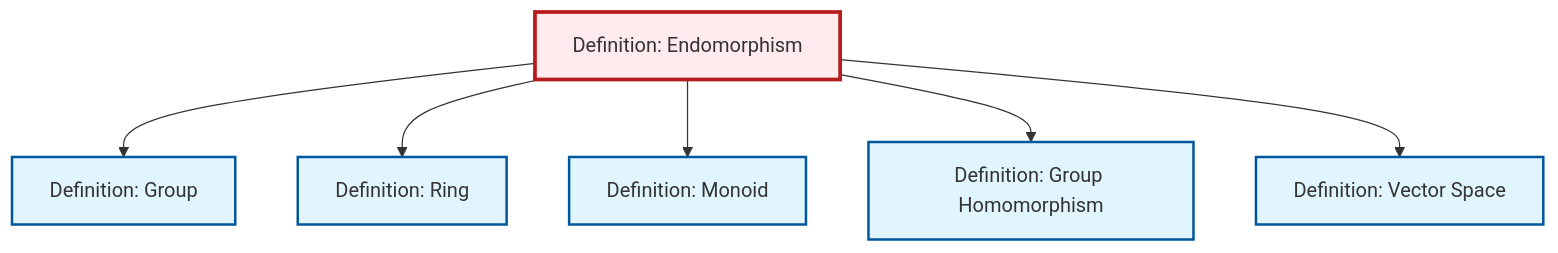
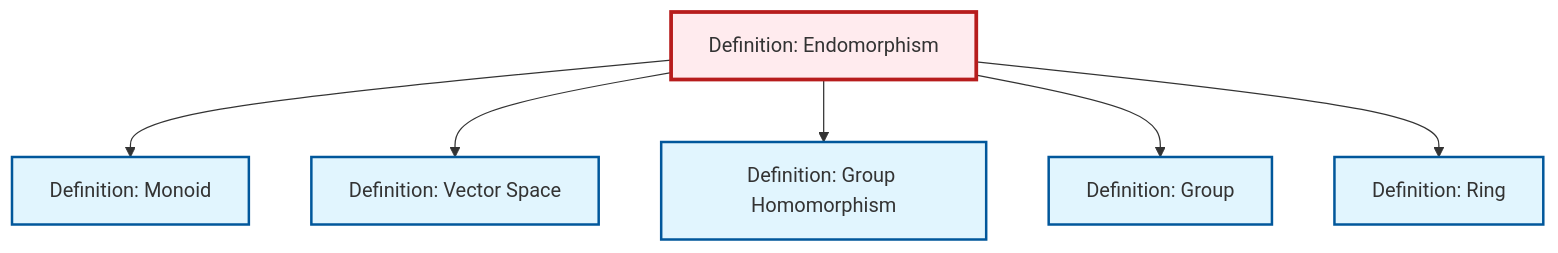
One commit to RK0429/ModernMath changed the diagram in content/en/algebra/def-endomorphism.qmd. Above: the diagram before and after it, drawn with Mermaid. The commit also changed other lines of this file and 634 other files, not shown here.

````diff
--- a/content/en/algebra/def-endomorphism.qmd
+++ b/content/en/algebra/def-endomorphism.qmd
@@ -88,26 +88,26 @@
 ```{mermaid}
 %%| fig-cap: "Local dependency graph"
 graph TD
     classDef definition fill:#e1f5fe,stroke:#01579b,stroke-width:2px
     classDef theorem fill:#f3e5f5,stroke:#4a148c,stroke-width:2px
     classDef axiom fill:#fff3e0,stroke:#e65100,stroke-width:2px
     classDef example fill:#e8f5e9,stroke:#1b5e20,stroke-width:2px
     classDef current fill:#ffebee,stroke:#b71c1c,stroke-width:3px
     def-group["Definition: Group"]:::definition
+    def-monoid["Definition: Monoid"]:::definition
+    def-endomorphism["Definition: Endomorphism"]:::definition
+    def-ring["Definition: Ring"]:::definition
     def-homomorphism["Definition: Group Homomorphism"]:::definition
-    def-endomorphism["Definition: Endomorphism"]:::definition
-    def-monoid["Definition: Monoid"]:::definition
-    def-ring["Definition: Ring"]:::definition
     def-vector-space["Definition: Vector Space"]:::definition
+    def-endomorphism --> def-monoid
+    def-endomorphism --> def-vector-space
+    def-endomorphism --> def-homomorphism
     def-endomorphism --> def-group
     def-endomorphism --> def-ring
-    def-endomorphism --> def-monoid
-    def-endomorphism --> def-homomorphism
-    def-endomorphism --> def-vector-space
     class def-endomorphism current
     click def-group "def-group.html" "Go to Group definition"
-    click def-homomorphism "def-homomorphism.html" "Go to Group Homomorphism definition"
     click def-monoid "def-monoid.html" "Go to Monoid definition"
     click def-ring "def-ring.html" "Go to Ring definition"
+    click def-homomorphism "def-homomorphism.html" "Go to Group Homomorphism definition"
     click def-vector-space "def-vector-space.html" "Go to Vector Space definition"
 ```
````
